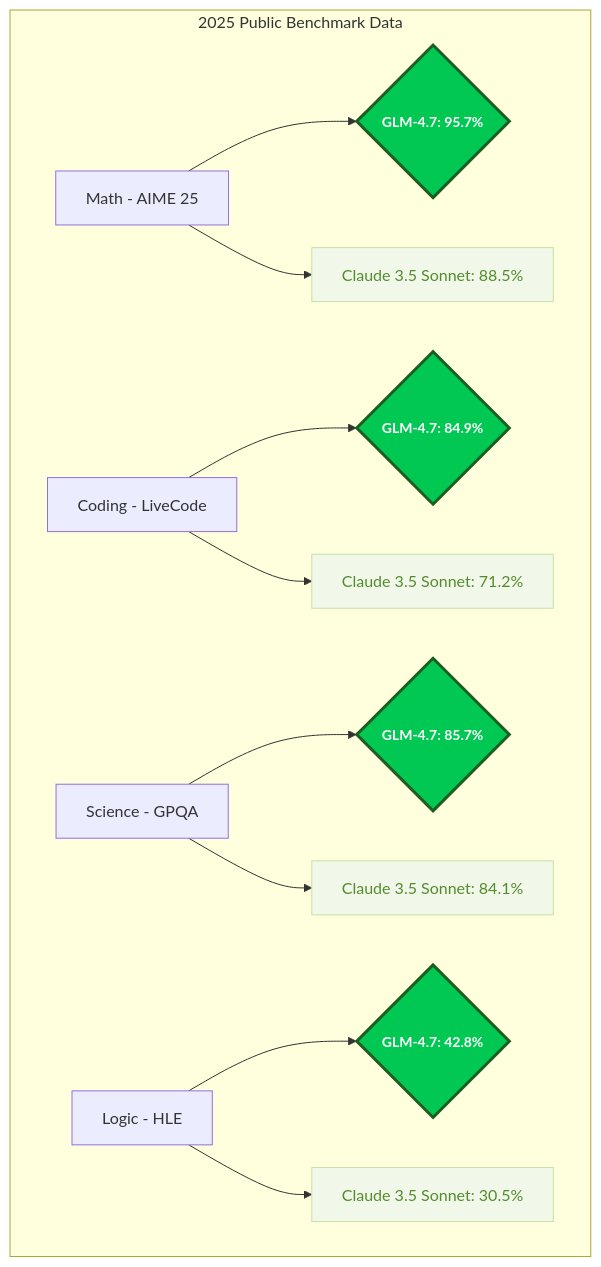
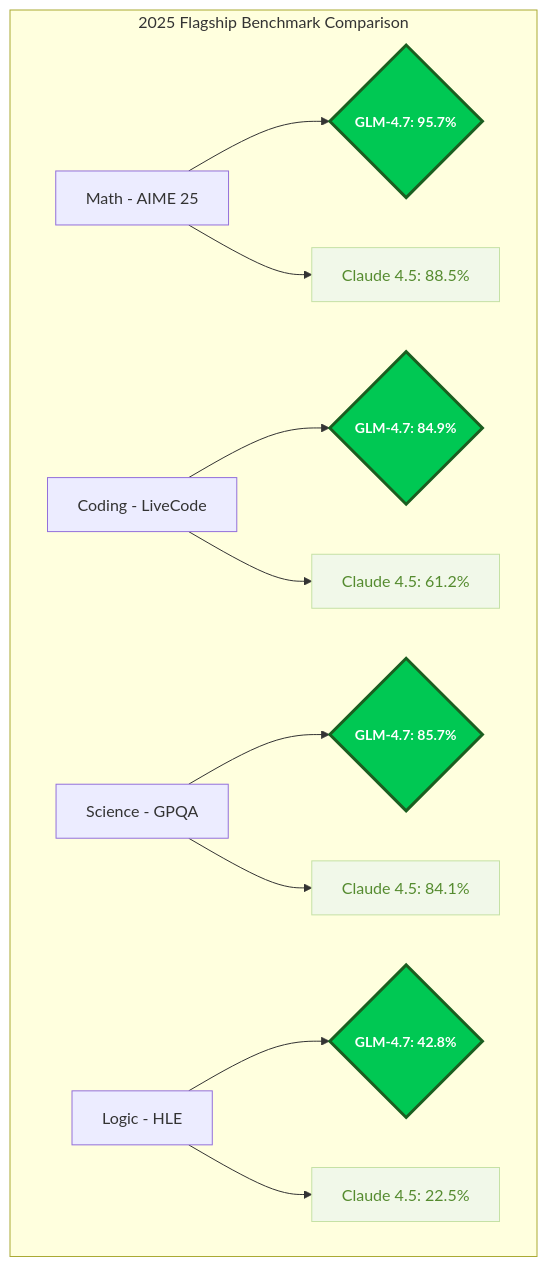
Before and after one commit to roman-ryzenadvanced/glm.47-launched-and-it-is-beast: the first of 2 diagrams in README.md, drawn with Mermaid. The commit also changed other lines of this file, not shown here.

Commit message:
🚀 Updated Benchmarks: Comparison against Claude 4.5 and GPT-5.1 flagship models

````diff
--- a/README.md
+++ b/README.md
@@ -31,22 +31,22 @@
 ```mermaid
 graph TD
-    subgraph "2025 Public Benchmark Data"
+    subgraph "2025 Flagship Benchmark Comparison"
     M[Math - AIME 25] --> G1{<b>GLM-4.7: 95.7%</b>}
-    M --> C1[Claude 3.5 Sonnet: 88.5%]
+    M --> C1[Claude 4.5: 88.5%]
     
     CO[Coding - LiveCode] --> G2{<b>GLM-4.7: 84.9%</b>}
-    CO --> C2[Claude 3.5 Sonnet: 71.2%]
+    CO --> C2[Claude 4.5: 61.2%]
     
     S[Science - GPQA] --> G3{<b>GLM-4.7: 85.7%</b>}
-    S --> C3[Claude 3.5 Sonnet: 84.1%]
+    S --> C3[Claude 4.5: 84.1%]
     
     L[Logic - HLE] --> G4{<b>GLM-4.7: 42.8%</b>}
-    L --> C4[Claude 3.5 Sonnet: 30.5%]
+    L --> C4[Claude 4.5: 22.5%]
     end
     
     classDef glmNode fill:#00c853,stroke:#1b5e20,stroke-width:3px,color:#ffffff,font-weight:bold,font-size:14px
     classDef rivalNode fill:#f1f8e9,stroke:#c5e1a5,stroke-width:1px,color:#558b2f
     
     class G1,G2,G3,G4 glmNode
     class C1,C2,C3,C4 rivalNode
 ```
````
